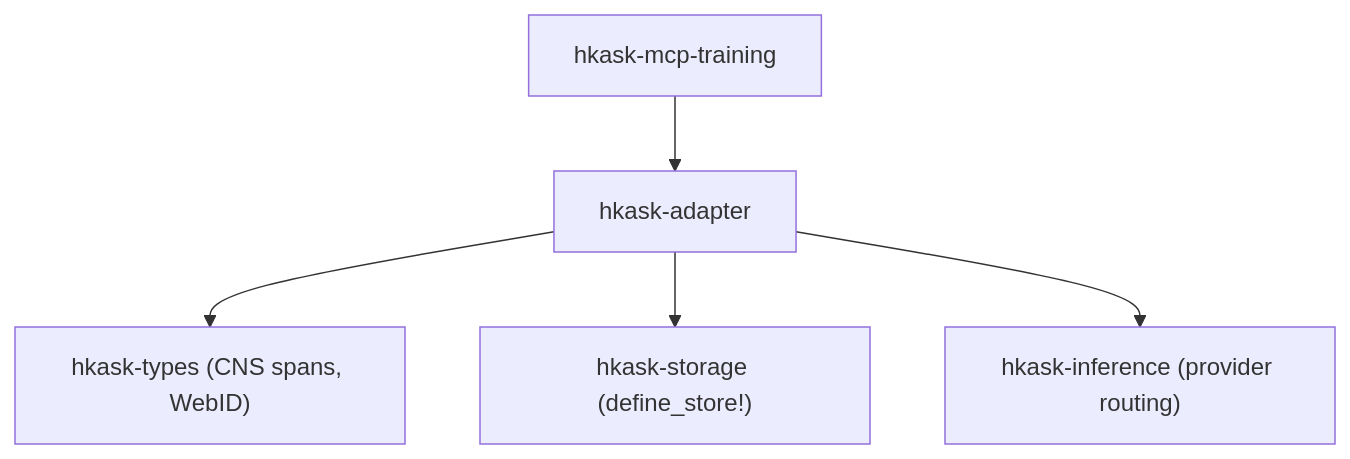
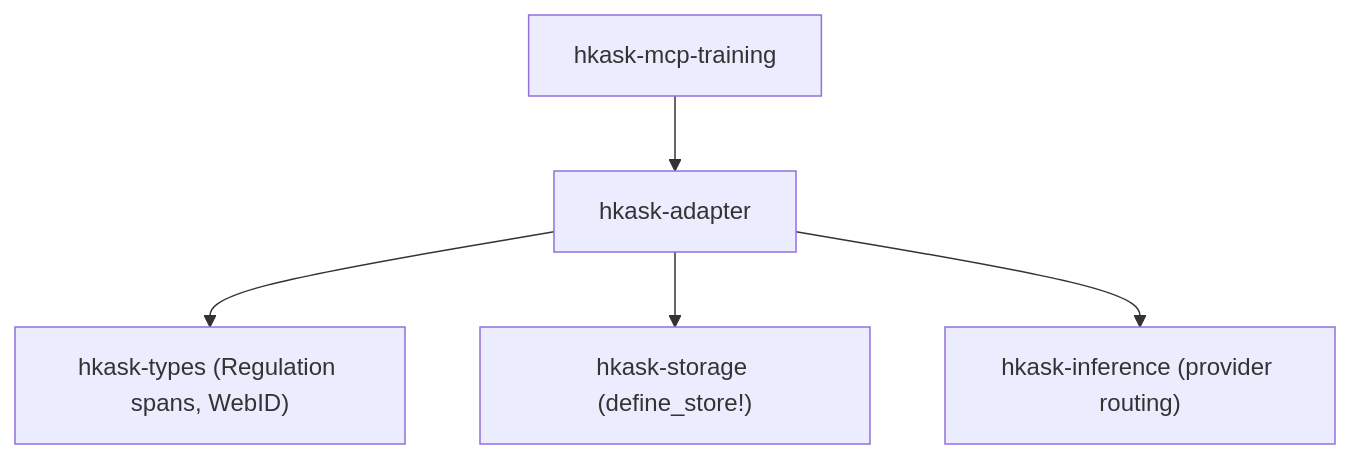
One commit to mdz-axo/hKask changed the sixth of 24 diagrams in docs/architecture/core/hKask-architecture-master.md. Above: the diagram before and after it, drawn with Mermaid. The commit also changed other lines of this file and 68 other files, not shown here.

First line of the commit message:
Rename CNS to Regulation across docs

````diff
--- a/docs/architecture/core/hKask-architecture-master.md
+++ b/docs/architecture/core/hKask-architecture-master.md
@@ -1223,7 +1223,7 @@
 ```mermaid
 graph TD
     TRAIN["hkask-mcp-training"] --> ADAPTER["hkask-adapter"]
-    ADAPTER --> TYPES["hkask-types (CNS spans, WebID)"]
+    ADAPTER --> TYPES["hkask-types (Regulation spans, WebID)"]
     ADAPTER --> STORAGE["hkask-storage (define_store!)"]
     ADAPTER --> INFERENCE["hkask-inference (provider routing)"]
 ```
````
